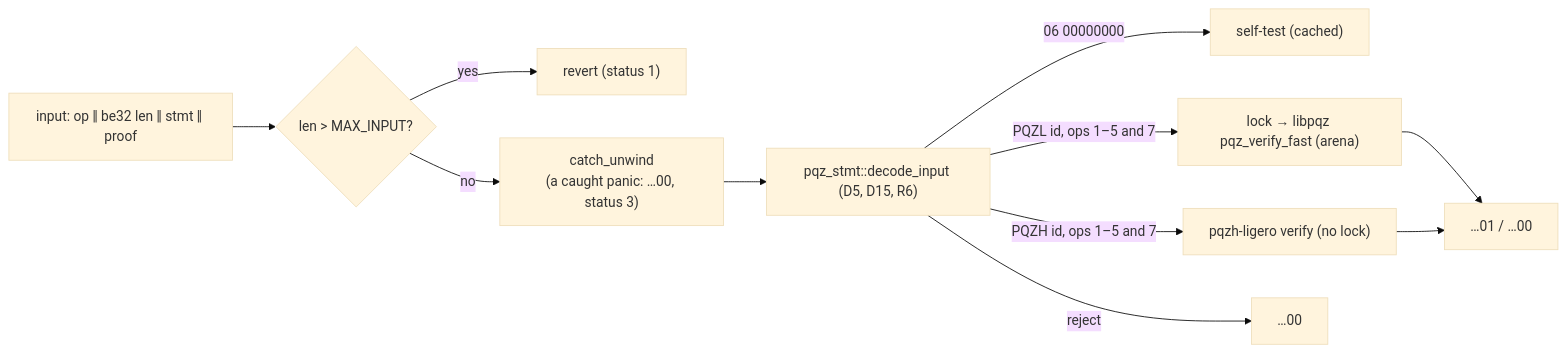
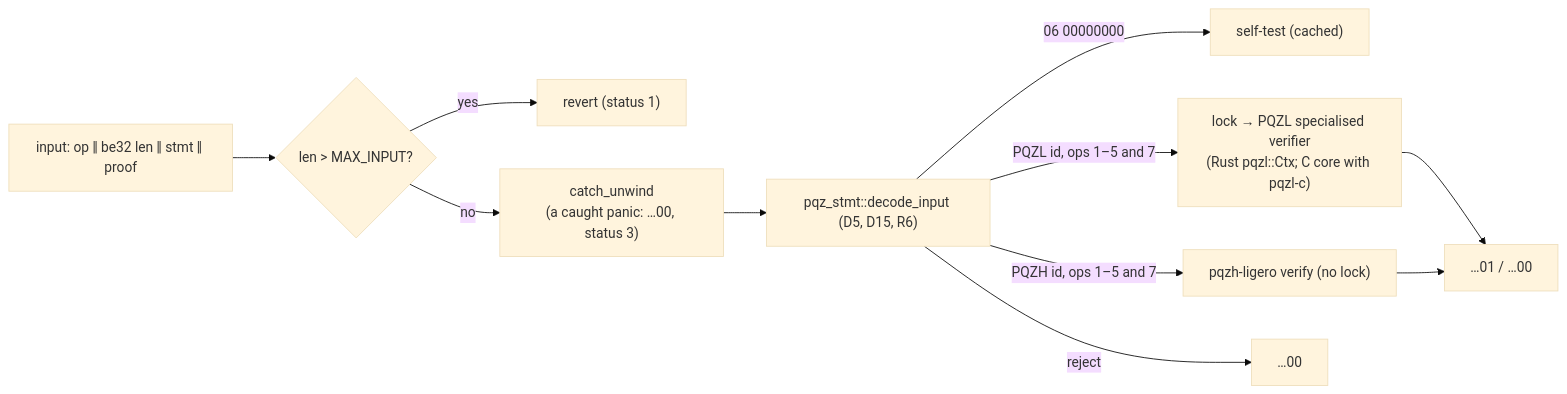
One commit to dinhduongha/scaas changed the diagram in pqz-core/ffi/README.md. Above: the diagram before and after it, drawn with Mermaid (base theme). The commit also changed other lines of this file and 21 other files, not shown here.

First line of the commit message:
pqzl Rust port, Task 11: pqzl-rust is pqz-ffi's default PQZL backend (owner 2026-10-18); the C core opt-in (pqzl-c)

````diff
--- a/pqz-core/ffi/README.md
+++ b/pqz-core/ffi/README.md
@@ -20,13 +24,13 @@
 ```mermaid
 flowchart LR
   IN["input: op ‖ be32 len ‖ stmt ‖ proof"] --> R{"len > MAX_INPUT?"}
   R -->|yes| RV["revert (status 1)"]
   R -->|no| CU["catch_unwind<br/>(a caught panic: …00, status 3)"]
   CU --> D["pqz_stmt::decode_input (D5, D15, R6)"]
   D -->|"06 00000000"| S["self-test (cached)"]
-  D -->|"PQZL id, ops 1–5 and 7"| L["lock → libpqz pqz_verify_fast (arena)"]
+  D -->|"PQZL id, ops 1–5 and 7"| L["lock → PQZL specialised verifier<br/>(Rust pqzl::Ctx; C core with pqzl-c)"]
   D -->|"PQZH id, ops 1–5 and 7"| H["pqzh-ligero verify (no lock)"]
   D -->|"reject"| Z["…00"]
   L --> O["…01 / …00"]
   H --> O
 ```
````
